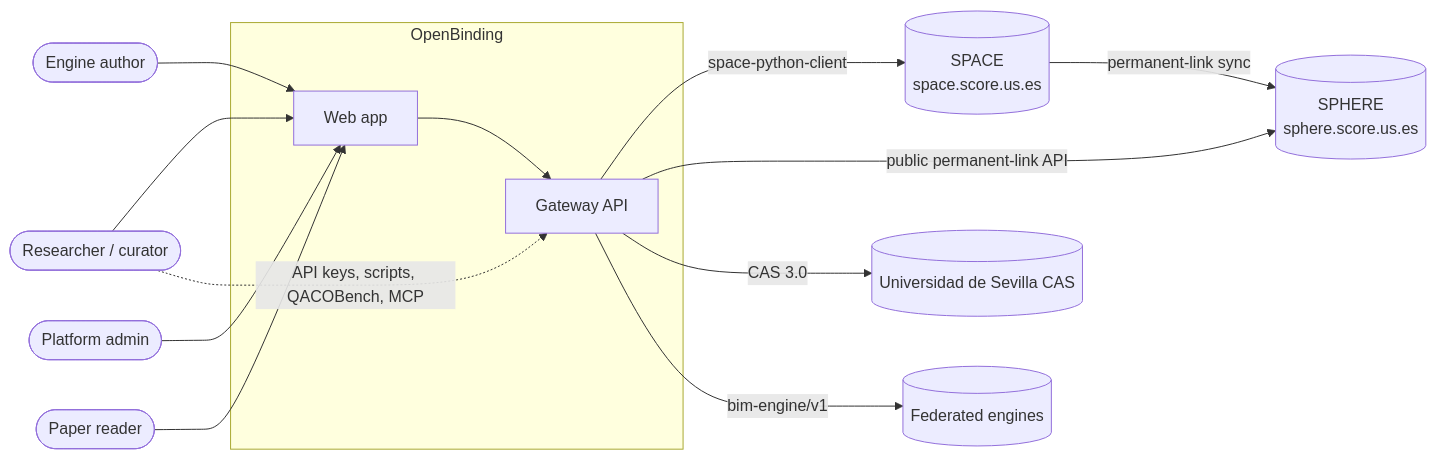
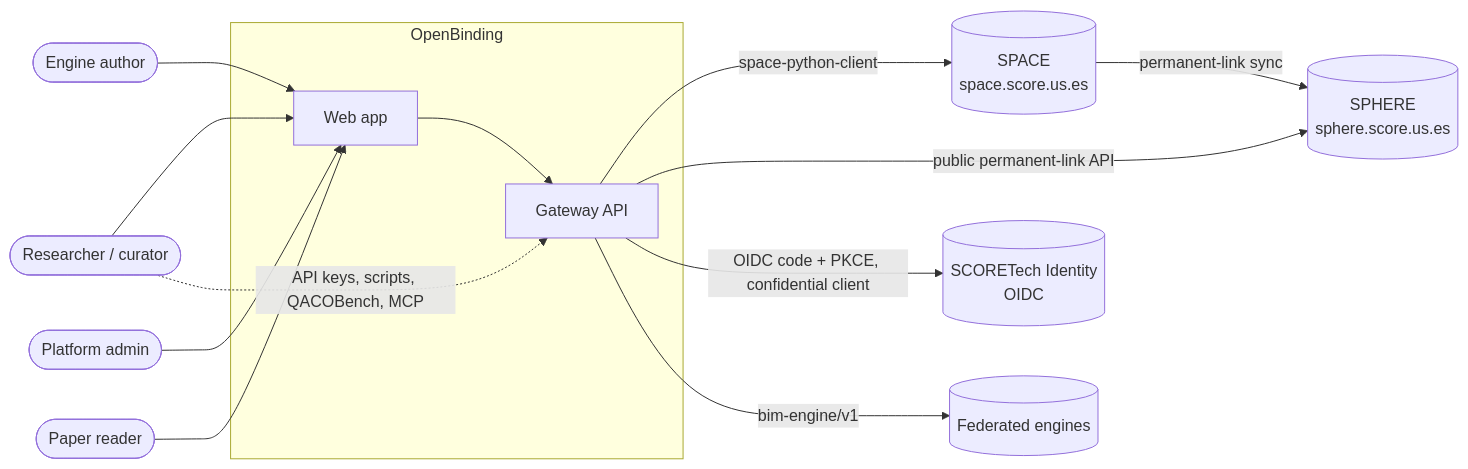
Before and after one commit to isa-group/OpenBinding: the first of 7 diagrams in docs/ARCHITECTURE.md, drawn with Mermaid. The commit also changed other lines of this file and 6 other files, not shown here.

````diff
--- a/docs/ARCHITECTURE.md
+++ b/docs/ARCHITECTURE.md
@@ -32,22 +32,22 @@
 ```mermaid
 flowchart LR
   R([Researcher / curator])
   E([Engine author])
   A([Platform admin])
   P([Paper reader])
   subgraph OB[OpenBinding]
     W[Web app]
     G[Gateway API]
   end
   SPH[(SPHERE<br/>sphere.score.us.es)]
   SPA[(SPACE<br/>space.score.us.es)]
-  CAS[(Universidad de Sevilla CAS)]
+  IDP[(SCORETech Identity<br/>OIDC)]
   FED[(Federated engines)]
   R & E & A & P --> W --> G
   R -. API keys, scripts, QACOBench, MCP .-> G
   G -- space-python-client --> SPA
   SPA -- permanent-link sync --> SPH
   G -- public permanent-link API --> SPH
-  G -- CAS 3.0 --> CAS
+  G -- OIDC code + PKCE, confidential client --> IDP
   G -- bim-engine/v1 --> FED
 ```
````
